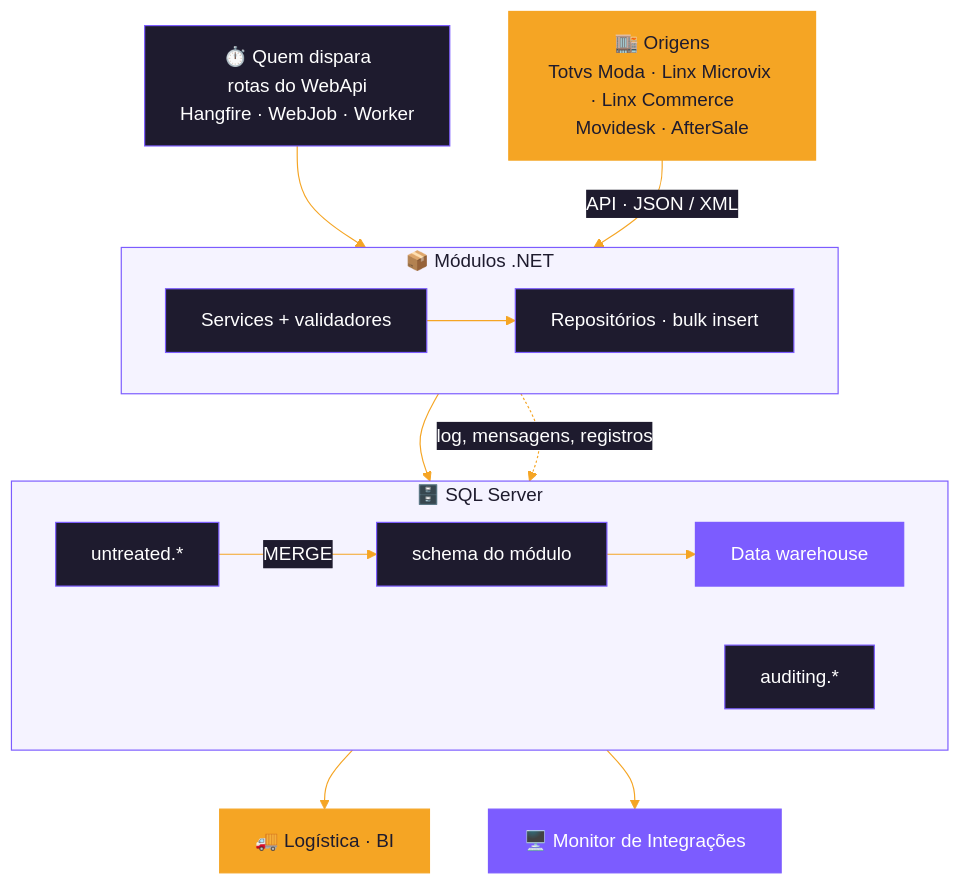
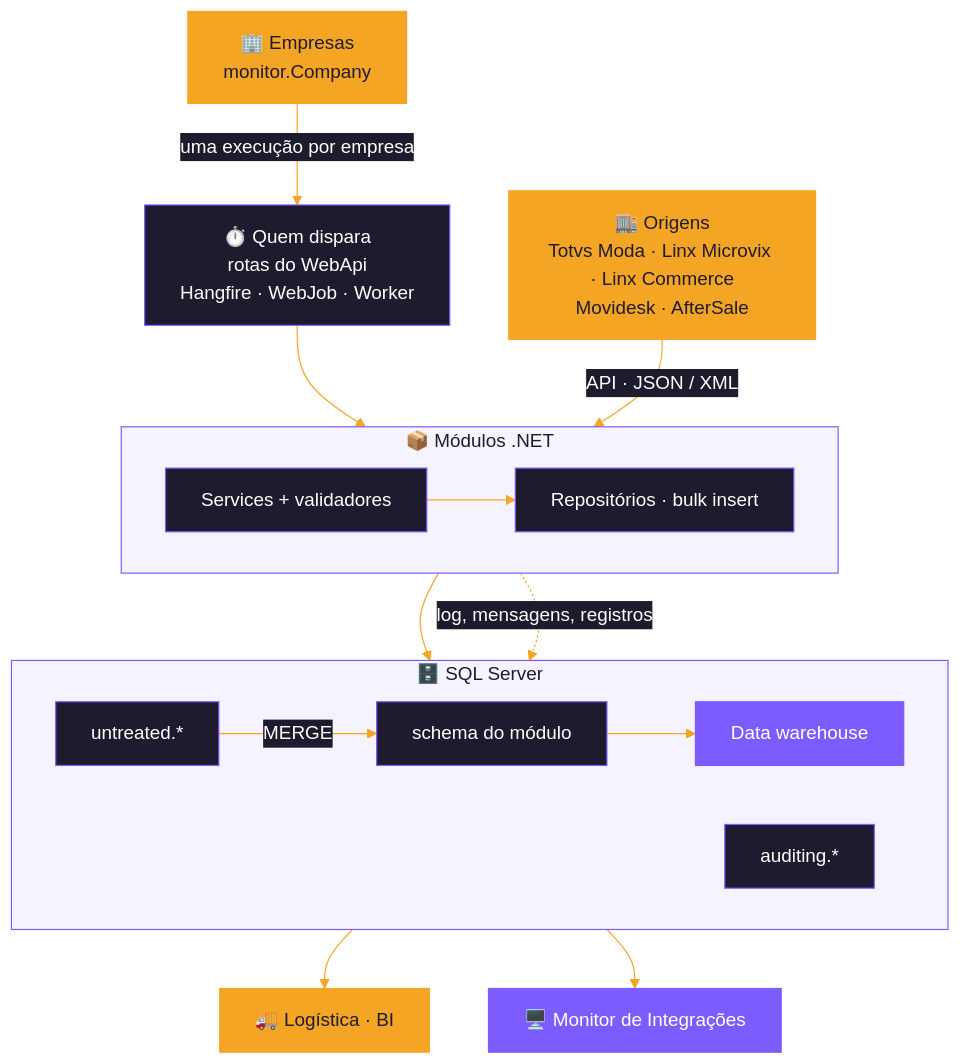
The first of 11 diagrams in README.md (cayo-kume/extract-transform-load-integrations-system), drawn with Mermaid before and after one commit. The commit also changed other lines of this file and 17 other files, not shown here.

````diff
--- a/README.md
+++ b/README.md
@@ -49,35 +53,37 @@
 ```mermaid
 %%{init: {'theme':'base','themeVariables':{'primaryColor':'#1e1b2e','primaryTextColor':'#ffffff','primaryBorderColor':'#7c5cff','lineColor':'#f5a524','textColor':'#1e1b2e','clusterBkg':'#f5f3ff','clusterBorder':'#7c5cff','titleColor':'#1e1b2e','edgeLabelBackground':'#1e1b2e'}}}%%
 flowchart TB
     ORIGENS["🏬 Origens<br/>Totvs Moda · Linx Microvix · Linx Commerce<br/>Movidesk · AfterSale"]
     HOSTS["⏱️ Quem dispara<br/>rotas do WebApi<br/>Hangfire · WebJob · Worker"]
+    EMP["🏢 Empresas<br/>monitor.Company"]
 
     subgraph SISTEMA["📦 Módulos .NET"]
         direction LR
         SVC["Services + validadores"]
         REPO["Repositórios · bulk insert"]
     end
 
     subgraph BANCO["🗄️ SQL Server"]
         direction LR
         UNT["untreated.*"]
         FINAL["schema do módulo"]
         AUD["auditing.*"]
         DW["Data warehouse"]
     end
 
     PAINEL["🖥️ Monitor de Integrações"]
     SAIDA["🚚 Logística · BI"]
 
+    EMP -- "uma execução por empresa" --> HOSTS
     HOSTS --> SVC
     ORIGENS -- "API · JSON / XML" --> SVC
     SVC --> REPO --> UNT -- "MERGE" --> FINAL
     SVC -. "log, mensagens, registros" .-> AUD
     FINAL --> DW --> SAIDA
     AUD --> PAINEL
 
     classDef accent fill:#7c5cff,stroke:#7c5cff,color:#ffffff
     classDef warm fill:#f5a524,stroke:#f5a524,color:#1e1b2e
     class PAINEL,DW accent
-    class SAIDA,ORIGENS warm
+    class SAIDA,ORIGENS,EMP warm
 ```
````
